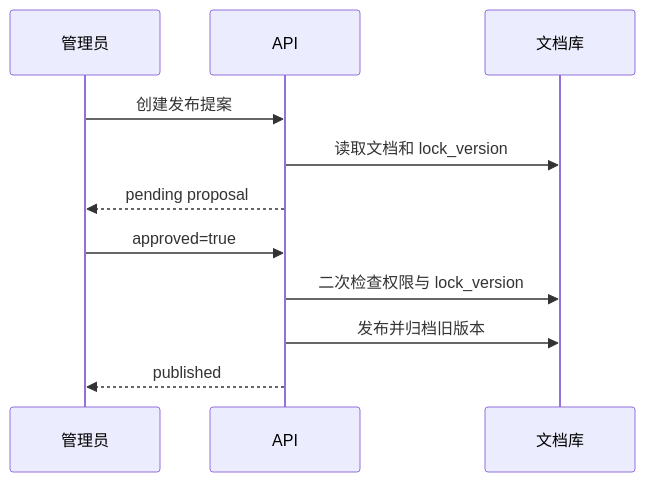
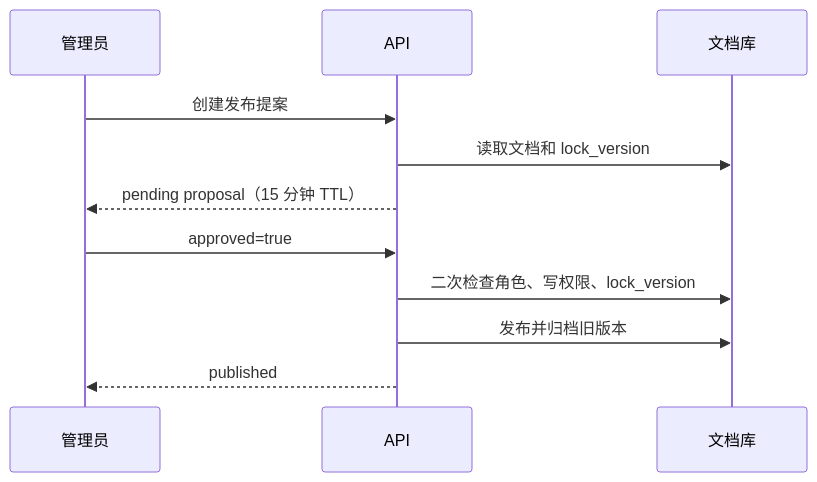
One commit to wahahaorg/fullstack-road changed the diagram in guide/agentic-rag-project-tools-memory.md. Above: the diagram before and after it, drawn with Mermaid. The commit also changed other lines of this file and 3 other files, not shown here.

````diff
--- a/guide/agentic-rag-project-tools-memory.md
+++ b/guide/agentic-rag-project-tools-memory.md
@@ -74,13 +99,13 @@
 ```mermaid
 sequenceDiagram
     participant A as 管理员
     participant API as API
     participant DB as 文档库
     A->>API: 创建发布提案
     API->>DB: 读取文档和 lock_version
-    API-->>A: pending proposal
+    API-->>A: pending proposal（15 分钟 TTL）
     A->>API: approved=true
-    API->>DB: 二次检查权限与 lock_version
+    API->>DB: 二次检查角色、写权限、lock_version
     API->>DB: 发布并归档旧版本
     API-->>A: published
 ```
````
